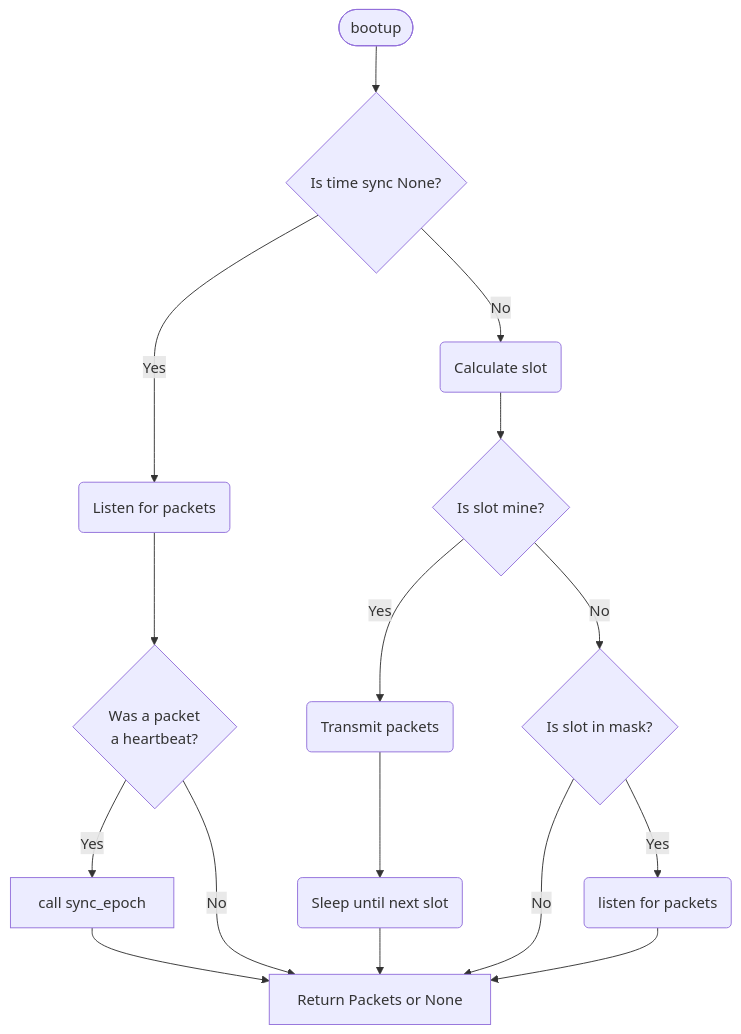
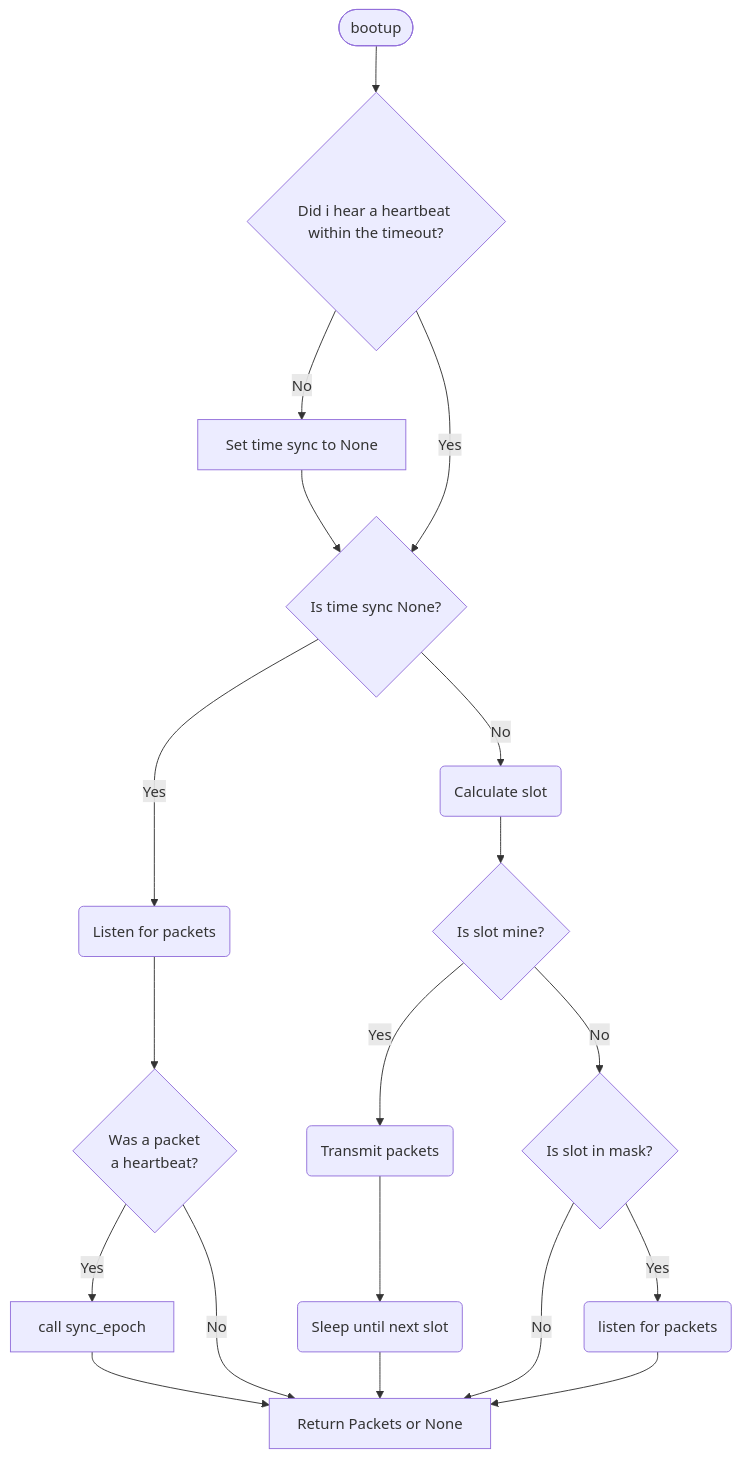
One commit to jakobolason/must-hop changed the second of 3 diagrams in must-hop/src/node/mac.md. Above: the diagram before and after it, drawn with Mermaid.

Commit message:
add future state management of tdma

````diff
--- a/must-hop/src/node/mac.md
+++ b/must-hop/src/node/mac.md
@@ -26,22 +26,25 @@
 ```mermaid
 graph TD
-    Start([bootup]) --> MatchEpoch{Is time sync None?}
+    Start([bootup]) --> LastReceivedHB{Did i hear a heartbeat within the timeout?}
+    LastReceivedHB -- No --> SetTimeSyncNone[Set time sync to None]
+    SetTimeSyncNone --> MatchEpoch
+    LastReceivedHB -- Yes -->  MatchEpoch{Is time sync None?}
     MatchEpoch -- Yes --> listenForHeart(Listen for packets)
     listenForHeart --> IsHeartbeat{Was a packet <br> a heartbeat?}
     IsHeartbeat -- Yes --> callSyncEpoch[call sync_epoch]
     callSyncEpoch --> ret[Return Packets or None]
     IsHeartbeat -- No --> ret
 
 
     MatchEpoch -- No --> CalcSlot(Calculate slot)
     CalcSlot --> MatchSlot{Is slot mine?}
     MatchSlot -- Yes --> Tx(Transmit packets)
 
     Tx --> Sleep(Sleep until next slot)
     Sleep --> ret
 
     MatchSlot -- No --> IsKnownSlot{Is slot in mask?}
     IsKnownSlot -- Yes --> Rx(listen for packets)
     IsKnownSlot -- No --> ret
     Rx --> ret
 ```
````
